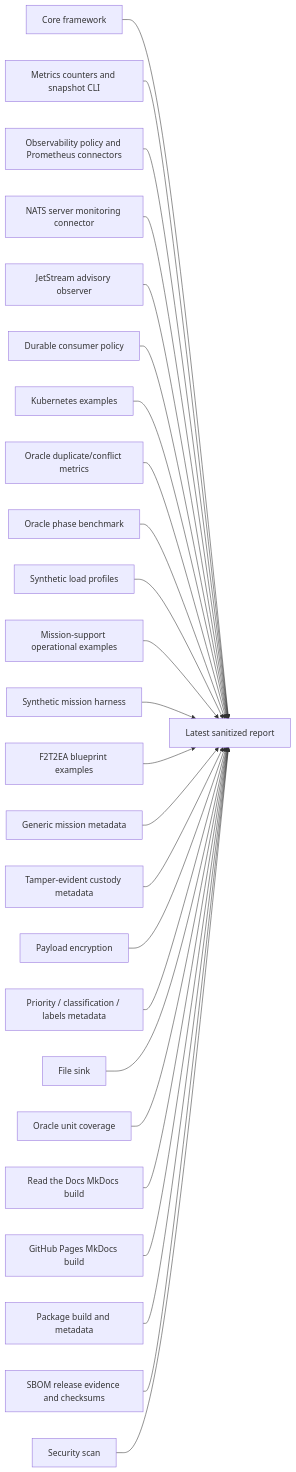
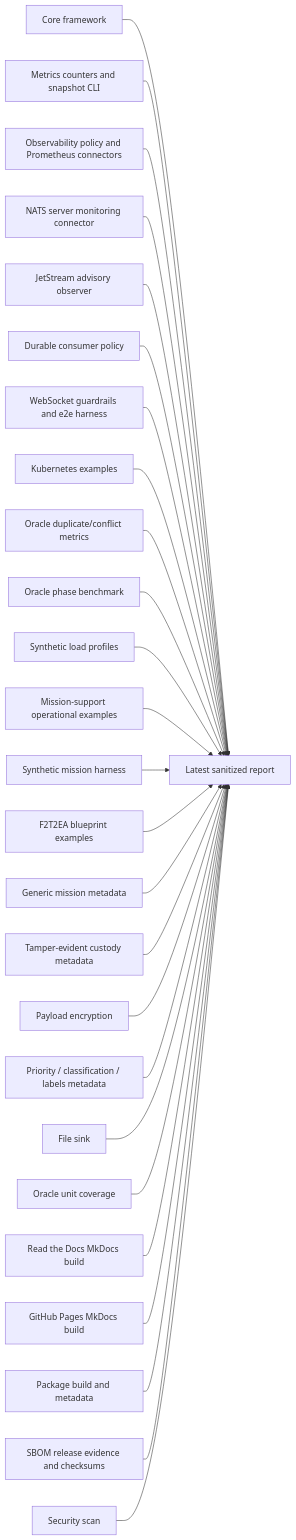
Before and after one commit to ProjectCuillin/nats-sinks: the first of 5 diagrams in docs/test-report.md, drawn with Mermaid. The commit also changed other lines of this file and 87 other files, not shown here.

````diff
--- a/docs/test-report.md
+++ b/docs/test-report.md
@@ -89,27 +90,28 @@
 ```mermaid
 flowchart LR
     Core[Core framework] --> Report[Latest sanitized report]
     Metrics[Metrics counters and snapshot CLI] --> Report
     Observe[Observability policy and Prometheus connectors] --> Report
     NATSMon[NATS server monitoring connector] --> Report
     Advisories[JetStream advisory observer] --> Report
     Consumers[Durable consumer policy] --> Report
+    WebSocket[WebSocket guardrails and e2e harness] --> Report
     K8s[Kubernetes examples] --> Report
     OracleMetrics[Oracle duplicate/conflict metrics] --> Report
     OracleBenchmark[Oracle phase benchmark] --> Report
     LoadProfiles[Synthetic load profiles] --> Report
     MissionOps[Mission-support operational examples] --> Report
     Synthetic[Synthetic mission harness] --> Report
     F2T2EA[F2T2EA blueprint examples] --> Report
     MissionMeta[Generic mission metadata] --> Report
     Custody[Tamper-evident custody metadata] --> Report
     Crypto[Payload encryption] --> Report
     MessageMeta[Priority / classification / labels metadata] --> Report
     File[File sink] --> Report
     OracleUnit[Oracle unit coverage] --> Report
     DocsRTD[Read the Docs MkDocs build] --> Report
     DocsPages[GitHub Pages MkDocs build] --> Report
     Package[Package build and metadata] --> Report
     SBOM[SBOM release evidence and checksums] --> Report
     Security[Security scan] --> Report
 ```
````
